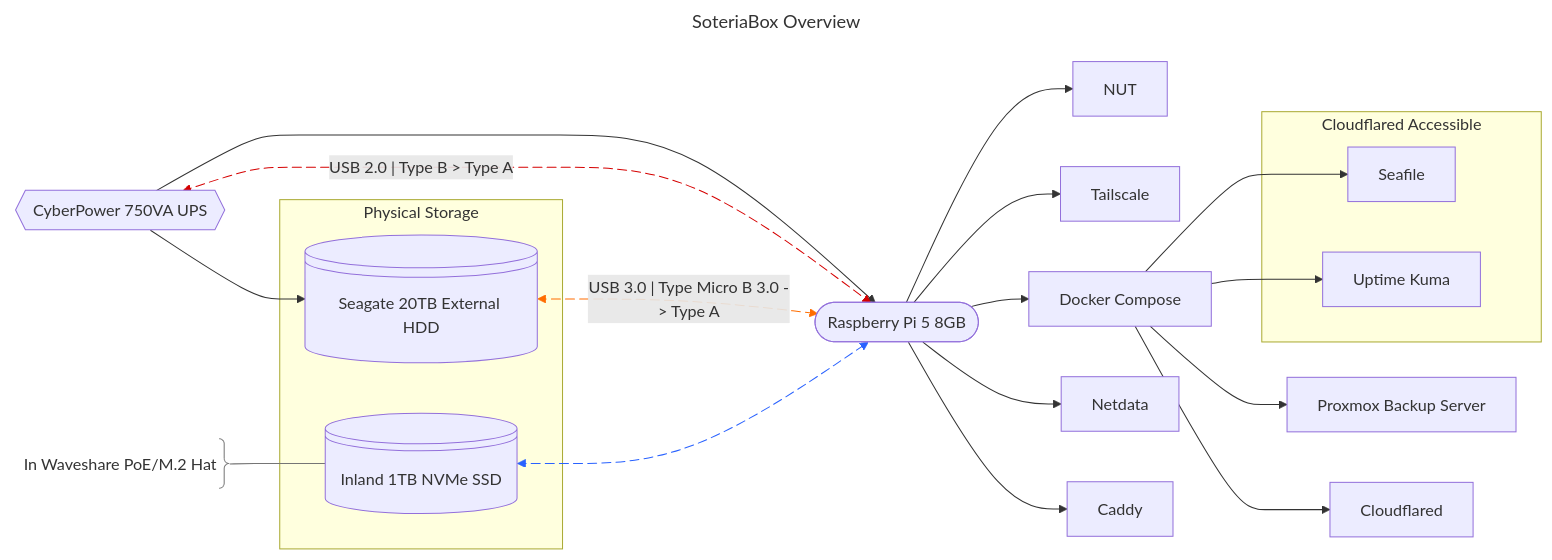
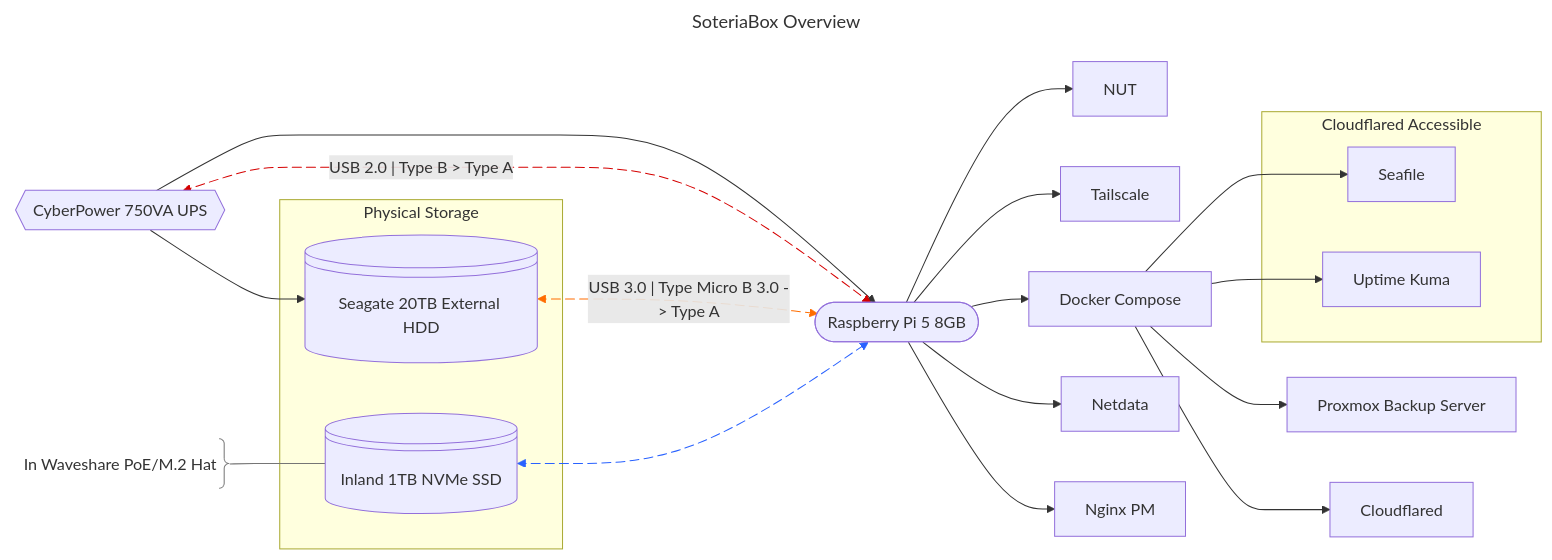
One commit to sethdotfm/SoteriaBox changed the diagram in README.md. Above: the diagram before and after it, drawn with Mermaid.

Commit message:
Swap Caddy for Nginx PM due to compatibility

````diff
--- a/README.md
+++ b/README.md
@@ -1,37 +1,37 @@
 ```mermaid
 ---
 config:
   layout: dagre
 title: SoteriaBox Overview
 ---
 flowchart LR
  subgraph s1["Physical Storage"]
         n1["Seagate 20TB External HDD"]
         n2["Inland 1TB NVMe SSD"]
   end
  subgraph s2["Cloudflared Accessible"]
         n10["Seafile"]
         n13["Uptime Kuma"]
   end
     n4["CyberPower 750VA UPS"] --> n3(["Raspberry Pi 5 8GB"]) & n1
     n4 L_n4_n3_2@<-- "USB 2.0 | Type B &gt; Type A" --> n3
     n6["In Waveshare PoE/M.2 Hat"] --- n2
     n1 L_n1_n3_0@<-- "USB 3.0 | Type Micro B 3.0 -&gt; Type A" --> n3
     n2 L_n2_n3_0@<--> n3
-    n3 --> n7["NUT"] & n8["Tailscale"] & n9["Docker Compose"] & n14["Netdata"] & n15["Caddy"]
+    n3 --> n7["NUT"] & n8["Tailscale"] & n9["Docker Compose"] & n14["Netdata"] & n15["Nginx PM"]
     n9 --> n10 & n11["Proxmox Backup Server"] & n12["Cloudflared"] & n13
 
     n1@{ shape: disk}
     n2@{ shape: disk}
     n4@{ shape: hex}
     n6@{ shape: brace-r}
     style n6 stroke:#757575
     linkStyle 2 stroke:#D50000,fill:none
     linkStyle 3 stroke:#757575,fill:none
     linkStyle 4 stroke:#FF6D00,fill:none
     linkStyle 5 stroke:#2962FF,fill:none
 
     L_n4_n3_2@{ animation: slow } 
     L_n1_n3_0@{ animation: slow } 
     L_n2_n3_0@{ animation: fast }
 ```
````
